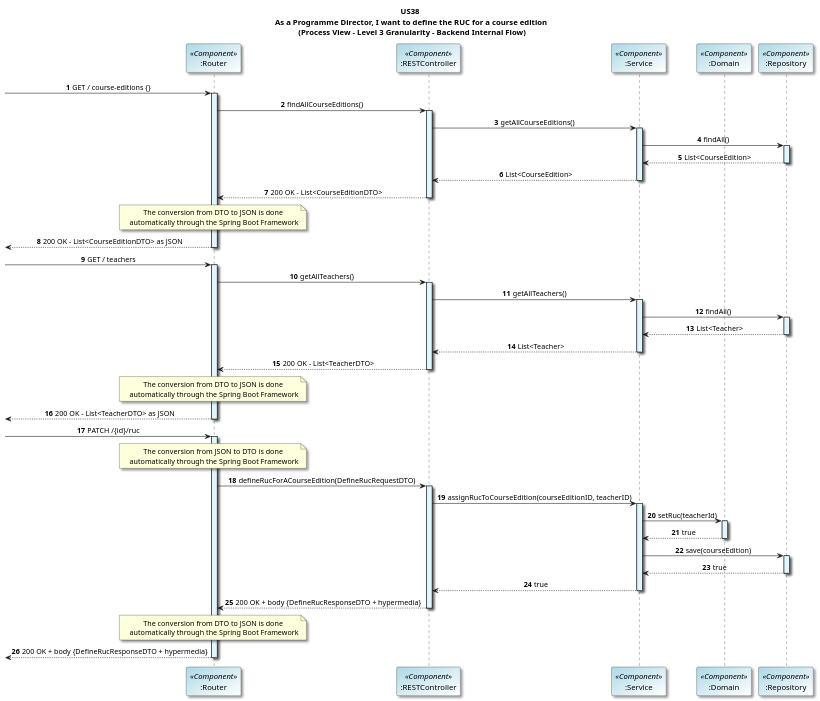
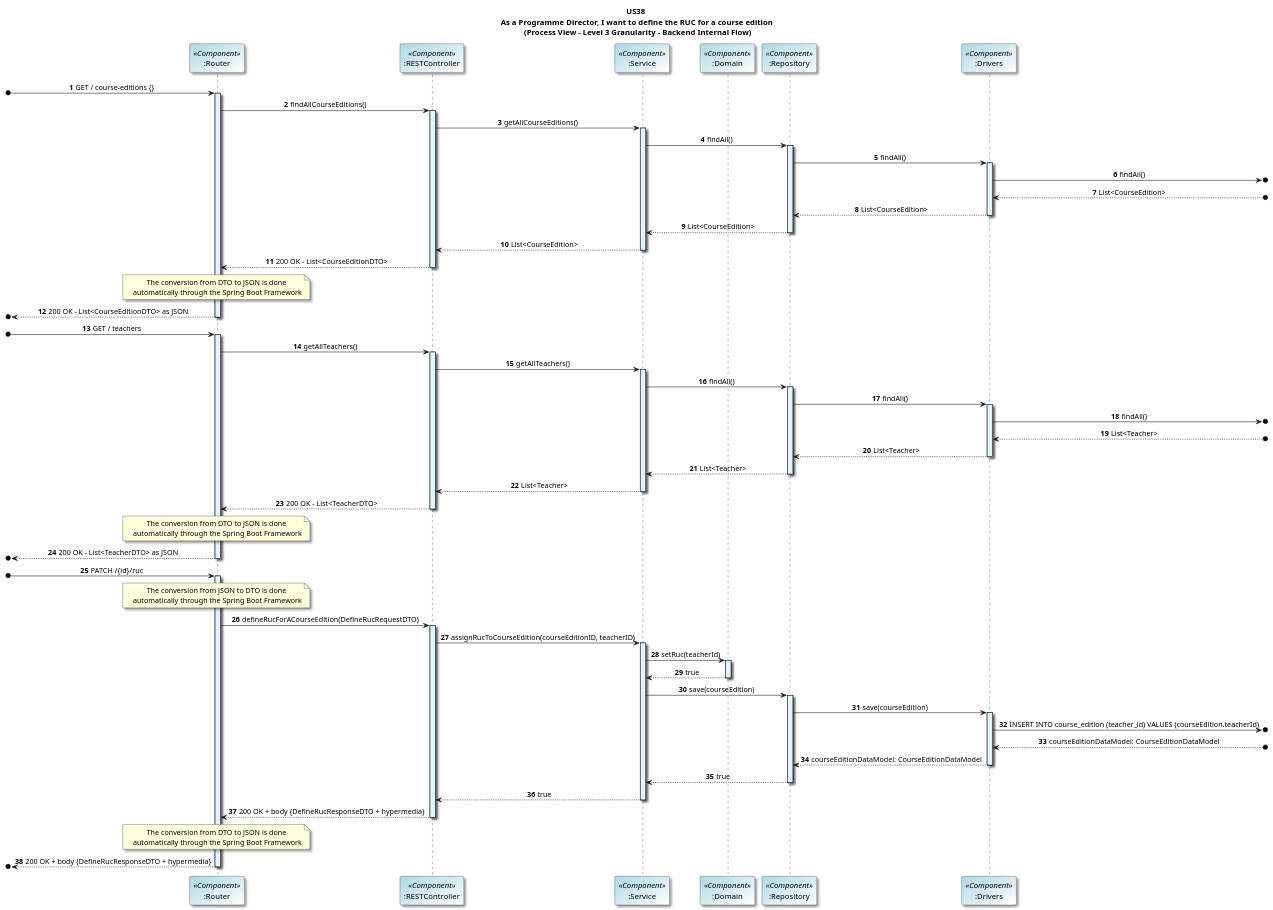
One commit to GasparISEP/DevOps-PAI changed the diagram in docs/US38/sprint7_RestAPI/processView/DefineRUCForACourseEdition_Level3Granularity.puml. Above: the diagram before and after it, drawn with PlantUML. The commit also changed other lines of this file, not shown here.

Commit message:
feat(DefineRUCForACourseEdition): update level 3 process view diagram to include drivers component and detailed backend flow (#788 #786)

```diff
--- a/docs/US38/sprint7_RestAPI/processView/DefineRUCForACourseEdition_Level3Granularity.puml
+++ b/docs/US38/sprint7_RestAPI/processView/DefineRUCForACourseEdition_Level3Granularity.puml
@@ -2,100 +1,123 @@
 @startuml
 title US38 \n As a Programme Director, I want to define the RUC for a course edition \n (Process View - Level 3 Granularity - Backend Internal Flow)
 
 skinparam defaultTextAlignment center
 skinparam shadowing true
 skinparam actorBackgroundColor #lightblue
 skinparam participantBackgroundColor #lightblue/white
 autonumber
 
 participant ":Router" as router <<Component>>
 participant ":RESTController" as controller <<Component>>
 participant ":Service" as service <<Component>>
 participant ":Domain" as domain <<Component>>
 participant ":Repository" as repository <<Component>>
+participant ":Drivers" as drivers <<Component>>
 
--> router: GET / course-editions {}
+[o-> router: GET / course-editions {}
 activate router  #E1F5FE
 router -> controller: findAllCourseEditions()
 activate controller  #E1F5FE
 
 controller -> service: getAllCourseEditions()
 activate service  #E1F5FE
 
 service -> repository: findAll()
 activate repository  #E1F5FE
+
+repository -> drivers: findAll()
+activate drivers  #E1F5FE
+drivers ->o]: findAll()
+drivers <--o] : List<CourseEdition>
+
+drivers --> repository: List<CourseEdition>
+deactivate drivers
 
 repository --> service: List<CourseEdition>
 deactivate repository
 
 service --> controller: List<CourseEdition>
 deactivate service
 
 controller --> router: 200 OK – List<CourseEditionDTO>
 deactivate controller
 
 note over router: The conversion from DTO to JSON is done\n automatically through the Spring Boot Framework
 
-<-- router: 200 OK - List<CourseEditionDTO> as JSON
+[o<-- router: 200 OK - List<CourseEditionDTO> as JSON
 deactivate router
--> router: GET / teachers
 
+[o-> router: GET / teachers
 activate router #E1F5FE
 
 router -> controller: getAllTeachers()
 activate controller  #E1F5FE
 
 controller -> service: getAllTeachers()
 activate service  #E1F5FE
 
 service -> repository: findAll()
 activate repository  #E1F5FE
+
+repository -> drivers: findAll()
+activate drivers  #E1F5FE
+drivers ->o]: findAll()
+drivers <--o] : List<Teacher>
+drivers --> repository: List<Teacher>
+deactivate drivers
 
 repository --> service: List<Teacher>
 deactivate repository
 
 service --> controller: List<Teacher>
 deactivate service
 
 controller --> router: 200 OK – List<TeacherDTO>
 deactivate controller
 
 note over router: The conversion from DTO to JSON is done\n automatically through the Spring Boot Framework
 
-<-- router: 200 OK – List<TeacherDTO> as JSON
+[o<-- router: 200 OK – List<TeacherDTO> as JSON
 deactivate router
 
--> router: PATCH /{id}/ruc
+[o-> router: PATCH /{id}/ruc
 activate router #E1F5FE
 
 note over router: The conversion from JSON to DTO is done\n automatically through the Spring Boot Framework
 
 router -> controller: defineRucForACourseEdition(DefineRucRequestDTO)
 activate controller  #E1F5FE
 
 controller -> service: assignRucToCourseEdition(courseEditionID, teacherID)
 activate service  #E1F5FE
 
 service -> domain: setRuc(teacherId)
 activate domain  #E1F5FE
 
 domain --> service: true
 deactivate domain
 
 service -> repository: save(courseEdition)
 activate repository  #E1F5FE
 
+repository -> drivers: save(courseEdition)
+activate drivers  #E1F5FE
+drivers ->o]: INSERT INTO course_edition (teacher_id) VALUES (courseEdition.teacherId)
+drivers <--o] : courseEditionDataModel: CourseEditionDataModel
+drivers --> repository: courseEditionDataModel: CourseEditionDataModel
+deactivate drivers
+
 repository --> service: true
 deactivate repository
 
 service --> controller: true
 deactivate service
 
 controller --> router:  200 OK + body {DefineRucResponseDTO + hypermedia}
 deactivate controller
 
 note over router: The conversion from DTO to JSON is done\n automatically through the Spring Boot Framework
 
-<-- router: 200 OK + body {DefineRucResponseDTO + hypermedia}
+[o<-- router: 200 OK + body {DefineRucResponseDTO + hypermedia}
 deactivate router
 @enduml
```
